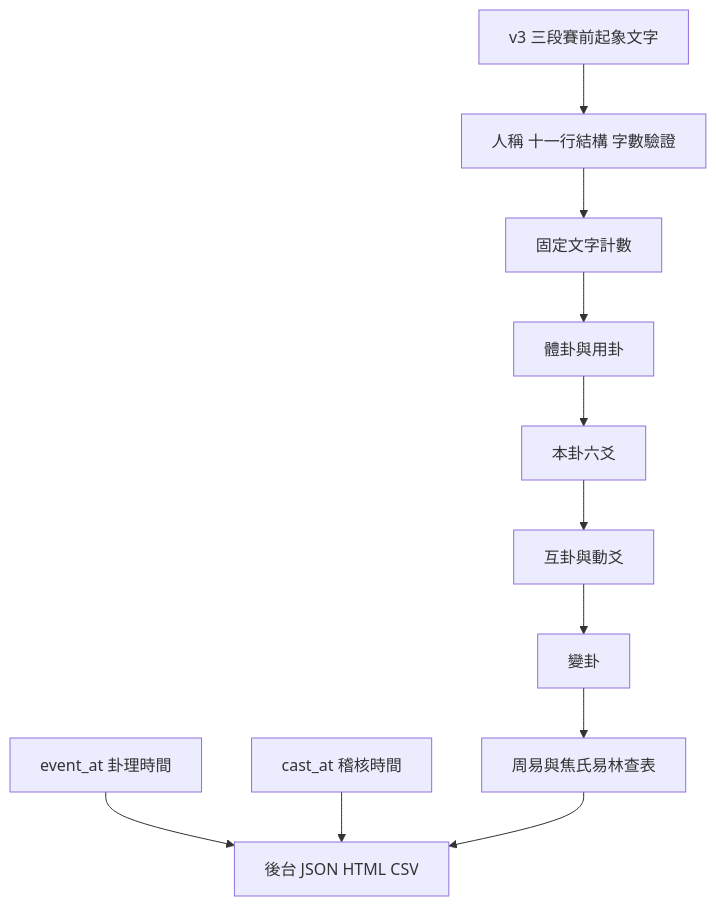
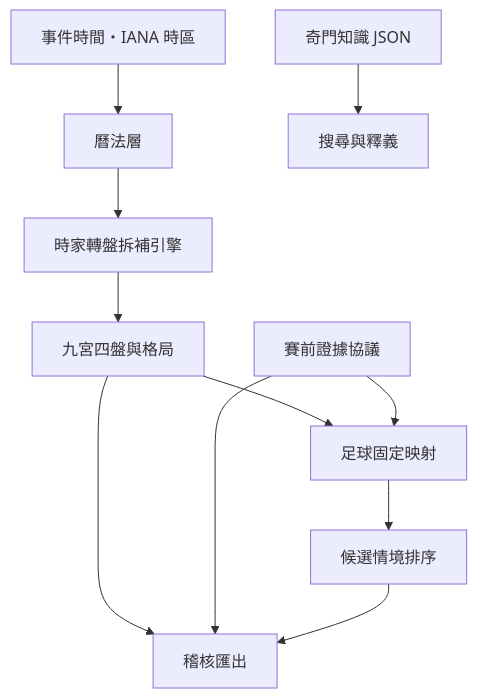
One commit to wujoshnjr/meihua-football-streamlit changed the diagram in docs/ARCHITECTURE.md. Above: the diagram before and after it, drawn with Mermaid. The commit also changed other lines of this file and 109 other files, not shown here.

````diff
--- a/docs/ARCHITECTURE.md
+++ b/docs/ARCHITECTURE.md
@@ -33,13 +7,13 @@
 ```mermaid
 flowchart TD
-    A[v3 三段賽前起象文字] --> P[人稱 十一行結構 字數驗證]
-    P --> B[固定文字計數]
-    T[event_at 卦理時間] --> H[後台 JSON HTML CSV]
-    U[cast_at 稽核時間] --> H
-    B --> C[體卦與用卦]
-    C --> D[本卦六爻]
-    D --> E[互卦與動爻]
-    E --> F[變卦]
-    F --> G[周易與焦氏易林查表]
-    G --> H[後台 JSON HTML CSV]
+    A[事件時間・IANA 時區] --> B[曆法層]
+    B --> C[時家轉盤拆補引擎]
+    C --> D[九宮四盤與格局]
+    K[奇門知識 JSON] --> E[搜尋與釋義]
+    D --> F[足球固定映射]
+    P[賽前證據協議] --> F
+    F --> G[候選情境排序]
+    D --> H[稽核匯出]
+    P --> H
+    G --> H
 ```
````
